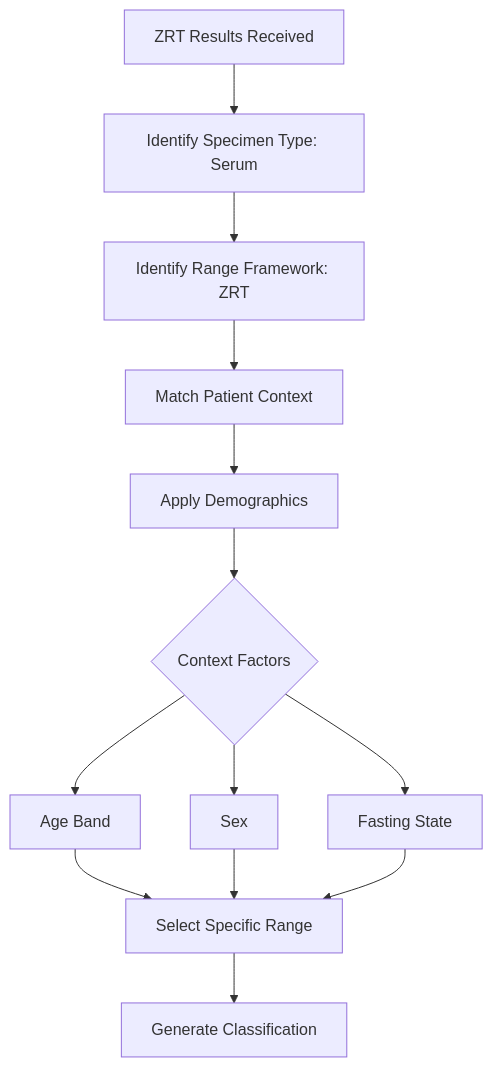
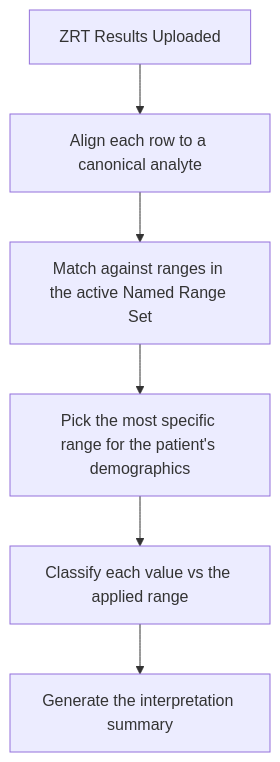
Before and after one commit to Hulupeep/healthplus-help: the diagram in docs/testing-methodologies/zrt-serum.md, drawn with Mermaid. The commit also changed other lines of this file, not shown here.

First line of the commit message:
docs: de-drift ZRT Serum Panels — real demographics matching, no vendor 'framework', illustrative TSH (#37)

````diff
--- a/docs/testing-methodologies/zrt-serum.md
+++ b/docs/testing-methodologies/zrt-serum.md
@@ -110,15 +110,8 @@
 ```mermaid
 flowchart TD
-    A[ZRT Results Received] --> B[Identify Specimen Type: Serum]
-    B --> C[Identify Range Framework: ZRT]
-    C --> D[Match Patient Context]
-    D --> E[Apply Demographics]
-    E --> F{Context Factors}
-    F --> G[Age Band]
-    F --> H[Sex]
-    F --> I[Fasting State]
-    G --> J[Select Specific Range]
-    H --> J
-    I --> J
-    J --> K[Generate Classification]
+    A[ZRT Results Uploaded] --> B[Align each row to a canonical analyte]
+    B --> C[Match against ranges in the active Named Range Set]
+    C --> D[Pick the most specific range for the patient's demographics]
+    D --> E[Classify each value vs the applied range]
+    E --> F[Generate the interpretation summary]
 ```
````
